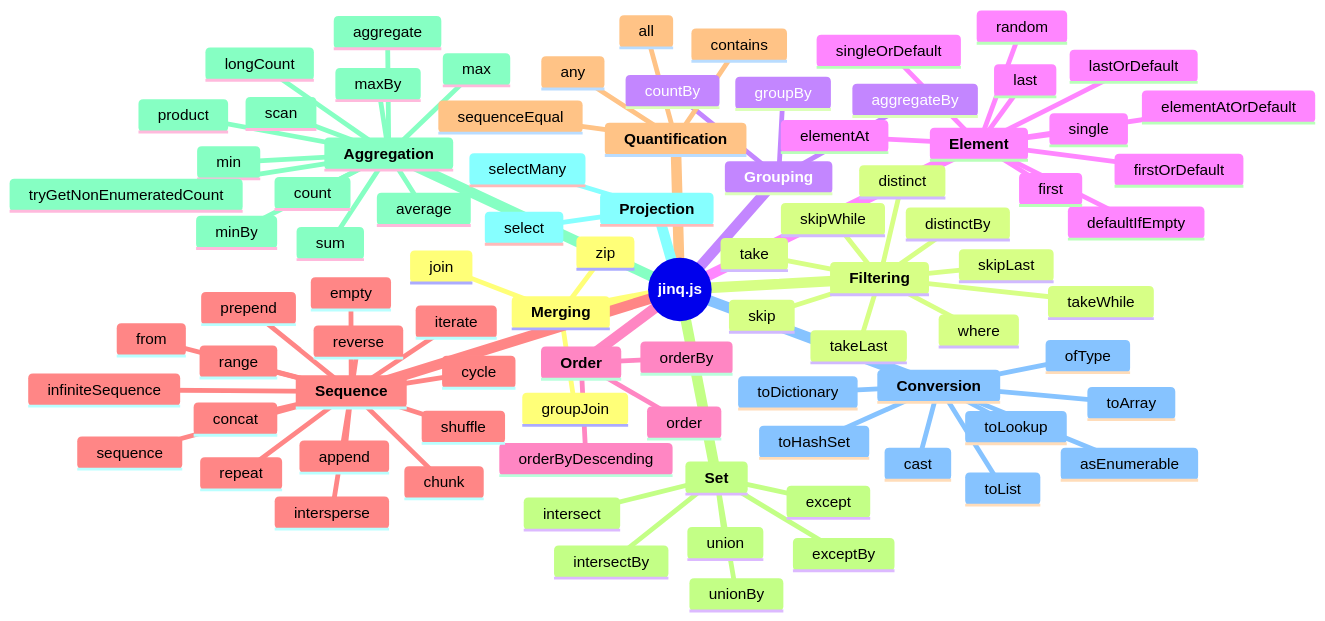
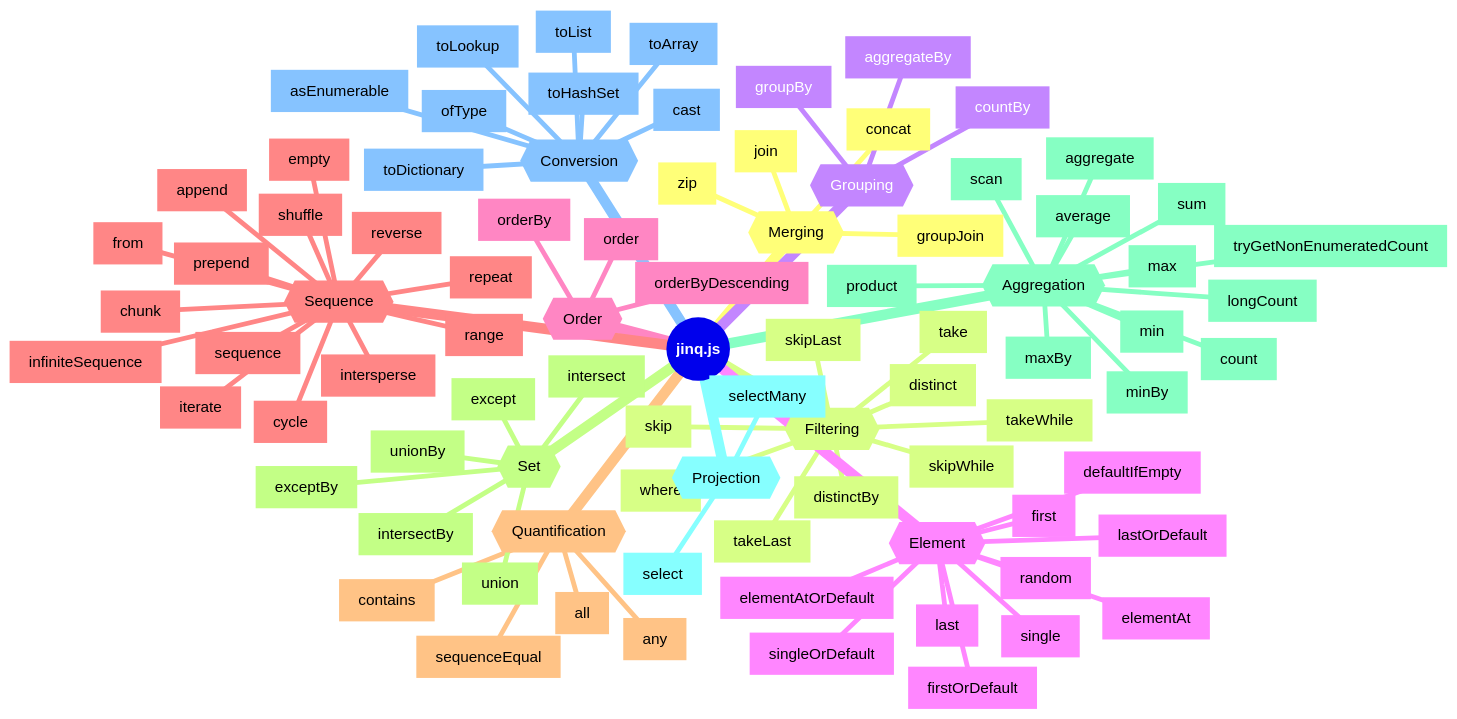
Before and after one commit to A1rPun/jinq.js: the diagram in README.md, drawn with Mermaid.

Commit message:
:pencil: Improve mindmap

````diff
--- a/README.md
+++ b/README.md
@@ -253,90 +253,90 @@
 ```mermaid
 mindmap
   root((**jinq.js**))
-    **Merging**
-      groupJoin
-      join
-      zip
-    **Filtering**
-      distinct
-      distinctBy
-      skip
-      skipLast
-      skipWhile
-      take
-      takeLast
-      takeWhile
-      where
-    **Grouping**
-      aggregateBy
-      countBy
-      groupBy
-    **Element**
-      defaultIfEmpty
-      elementAt
-      elementAtOrDefault
-      first
-      firstOrDefault
-      last
-      lastOrDefault
-      random
-      single
-      singleOrDefault
-    **Order**
-      order
-      orderBy
-      orderByDescending
-    **Sequence**
-      append
-      chunk
-      concat
-      cycle
-      empty
-      from
-      infiniteSequence
-      intersperse
-      iterate
-      prepend
-      range
-      repeat
-      reverse
-      sequence
-      shuffle
-    **Quantification**
-      all
-      any
-      contains
-      sequenceEqual
-    **Set**
-      except
-      exceptBy
-      intersect
-      intersectBy
-      union
-      unionBy
-    **Aggregation**
-      aggregate
-      average
-      count
-      longCount
-      max
-      maxBy
-      min
-      minBy
-      product
-      scan
-      sum
-      tryGetNonEnumeratedCount
-    **Projection**
-      select
-      selectMany
-    **Conversion**
-      asEnumerable
-      cast
-      ofType
-      toArray
-      toDictionary
-      toHashSet
-      toList
-      toLookup
+    {{Merging}}
+      [concat]
+      [groupJoin]
+      [join]
+      [zip]
+    {{Filtering}}
+      [distinct]
+      [distinctBy]
+      [skip]
+      [skipLast]
+      [skipWhile]
+      [take]
+      [takeLast]
+      [takeWhile]
+      [where]
+    {{Grouping}}
+      [aggregateBy]
+      [countBy]
+      [groupBy]
+    {{Element}}
+      [defaultIfEmpty]
+      [elementAt]
+      [elementAtOrDefault]
+      [first]
+      [firstOrDefault]
+      [last]
+      [lastOrDefault]
+      [random]
+      [single]
+      [singleOrDefault]
+    {{Order}}
+      [order]
+      [orderBy]
+      [orderByDescending]
+    {{Sequence}}
+      [append]
+      [chunk]
+      [cycle]
+      [empty]
+      [from]
+      [infiniteSequence]
+      [intersperse]
+      [iterate]
+      [prepend]
+      [range]
+      [repeat]
+      [reverse]
+      [sequence]
+      [shuffle]
+    {{Quantification}}
+      [all]
+      [any]
+      [contains]
+      [sequenceEqual]
+    {{Set}}
+      [except]
+      [exceptBy]
+      [intersect]
+      [intersectBy]
+      [union]
+      [unionBy]
+    {{Aggregation}}
+      [aggregate]
+      [average]
+      [count]
+      [longCount]
+      [max]
+      [maxBy]
+      [min]
+      [minBy]
+      [product]
+      [scan]
+      [sum]
+      [tryGetNonEnumeratedCount]
+    {{Projection}}
+      [select]
+      [selectMany]
+    {{Conversion}}
+      [asEnumerable]
+      [cast]
+      [ofType]
+      [toArray]
+      [toDictionary]
+      [toHashSet]
+      [toList]
+      [toLookup]
 ```
````
